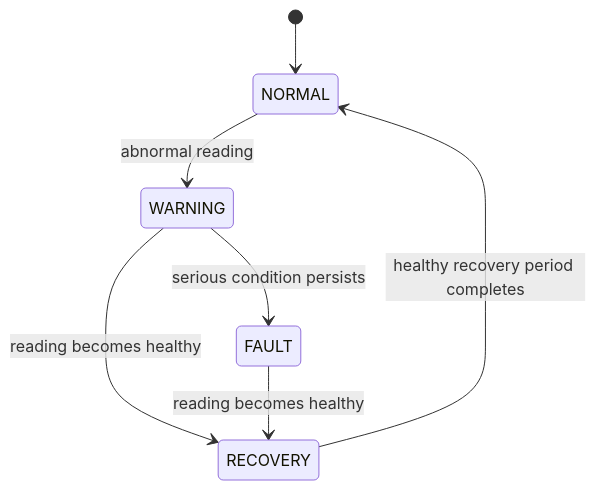
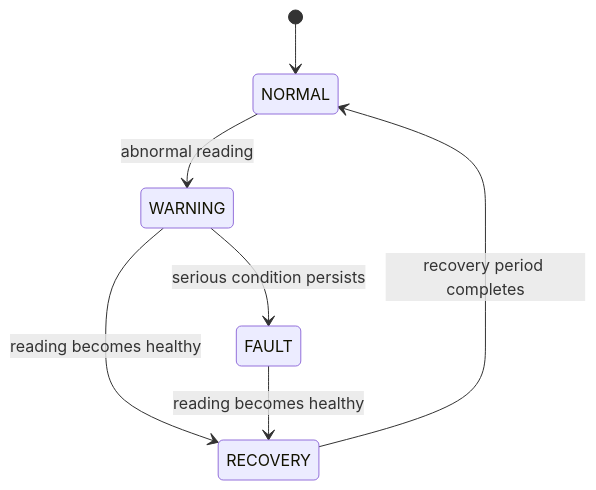
One commit to ANUKOOL324/Industrial_Energy_Edge_Controller changed the diagram in docs/fault-state-machine.md. Above: the diagram before and after it, drawn with Mermaid. The commit also changed other lines of this file and 5 other files, not shown here.

````diff
--- a/docs/fault-state-machine.md
+++ b/docs/fault-state-machine.md
@@ -7,9 +11,9 @@
 ```mermaid
 stateDiagram-v2
     [*] --> NORMAL
     NORMAL --> WARNING: abnormal reading
     WARNING --> FAULT: serious condition persists
     WARNING --> RECOVERY: reading becomes healthy
     FAULT --> RECOVERY: reading becomes healthy
-    RECOVERY --> NORMAL: healthy recovery period completes
+    RECOVERY --> NORMAL: recovery period completes
 ```
````
